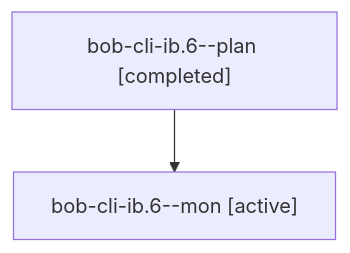
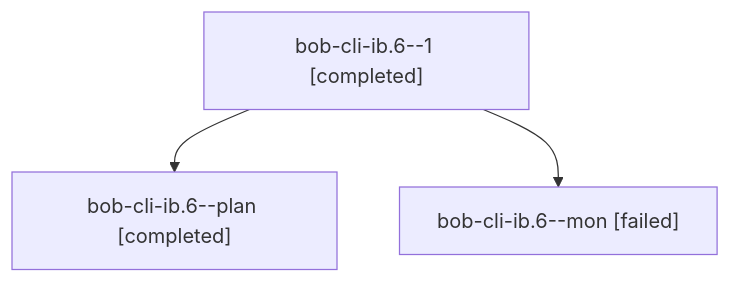
The diagram in sessions/bbugyi200.athena.bob-cli-ib.6.md (bobs-org/bob-cli--agents), drawn with Mermaid before and after one commit. The commit also changed other lines of this file and 54 other files, not shown here.

````diff
--- a/sessions/bbugyi200.athena.bob-cli-ib.6.md
+++ b/sessions/bbugyi200.athena.bob-cli-ib.6.md
@@ -9,6 +9,8 @@
 ```mermaid
 flowchart TD
-  n0["bob-cli-ib.6--plan [completed]"]
-  n1["bob-cli-ib.6--mon [active]"]
+  n0["bob-cli-ib.6--1 [completed]"]
+  n1["bob-cli-ib.6--plan [completed]"]
   n0 --> n1
+  n2["bob-cli-ib.6--mon [failed]"]
+  n0 --> n2
 ```
````
